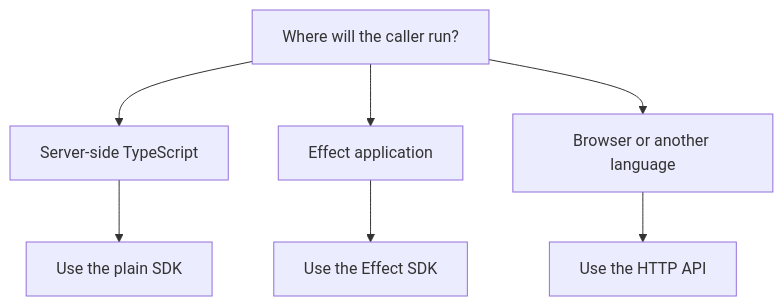
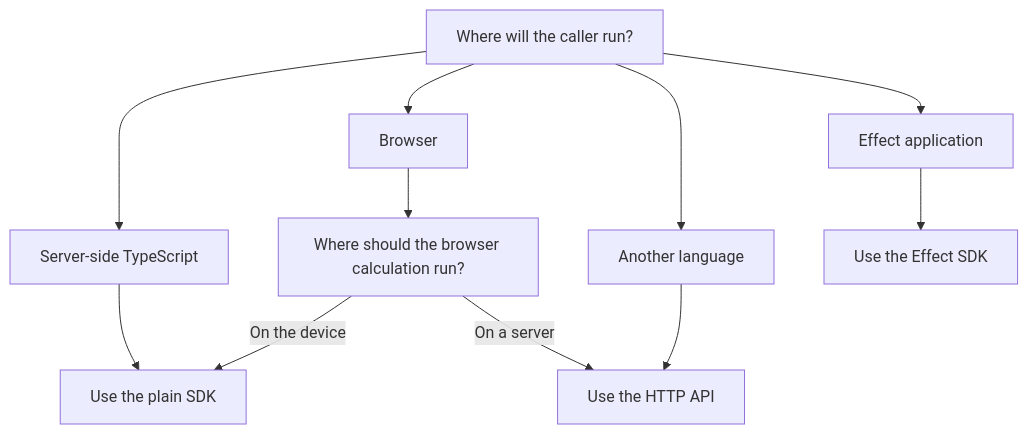
Before and after one commit to crcorbett/taxkit: the diagram in packages/docs-content/content/start/choose-sdk-or-api.mdx, drawn with Mermaid. The commit also changed 22 other files, not shown here.

````diff
--- a/packages/docs-content/content/start/choose-sdk-or-api.mdx
+++ b/packages/docs-content/content/start/choose-sdk-or-api.mdx
@@ -27,17 +27,23 @@
 ```mermaid
 flowchart TD
   Start["Where will the caller run?"]
   ServerTs["Server-side TypeScript"]
   EffectApp["Effect application"]
-  Browser["Browser or another language"]
+  Browser["Browser"]
+  AnotherLanguage["Another language"]
+  Location["Where should the browser calculation run?"]
   PlainSdk["Use the plain SDK"]
   EffectSdk["Use the Effect SDK"]
   HttpApi["Use the HTTP API"]
 
   Start --> ServerTs
   Start --> EffectApp
   Start --> Browser
+  Start --> AnotherLanguage
   ServerTs --> PlainSdk
   EffectApp --> EffectSdk
-  Browser --> HttpApi
+  Browser --> Location
+  Location -->|"On the device"| PlainSdk
+  Location -->|"On a server"| HttpApi
+  AnotherLanguage --> HttpApi
 ```
````
